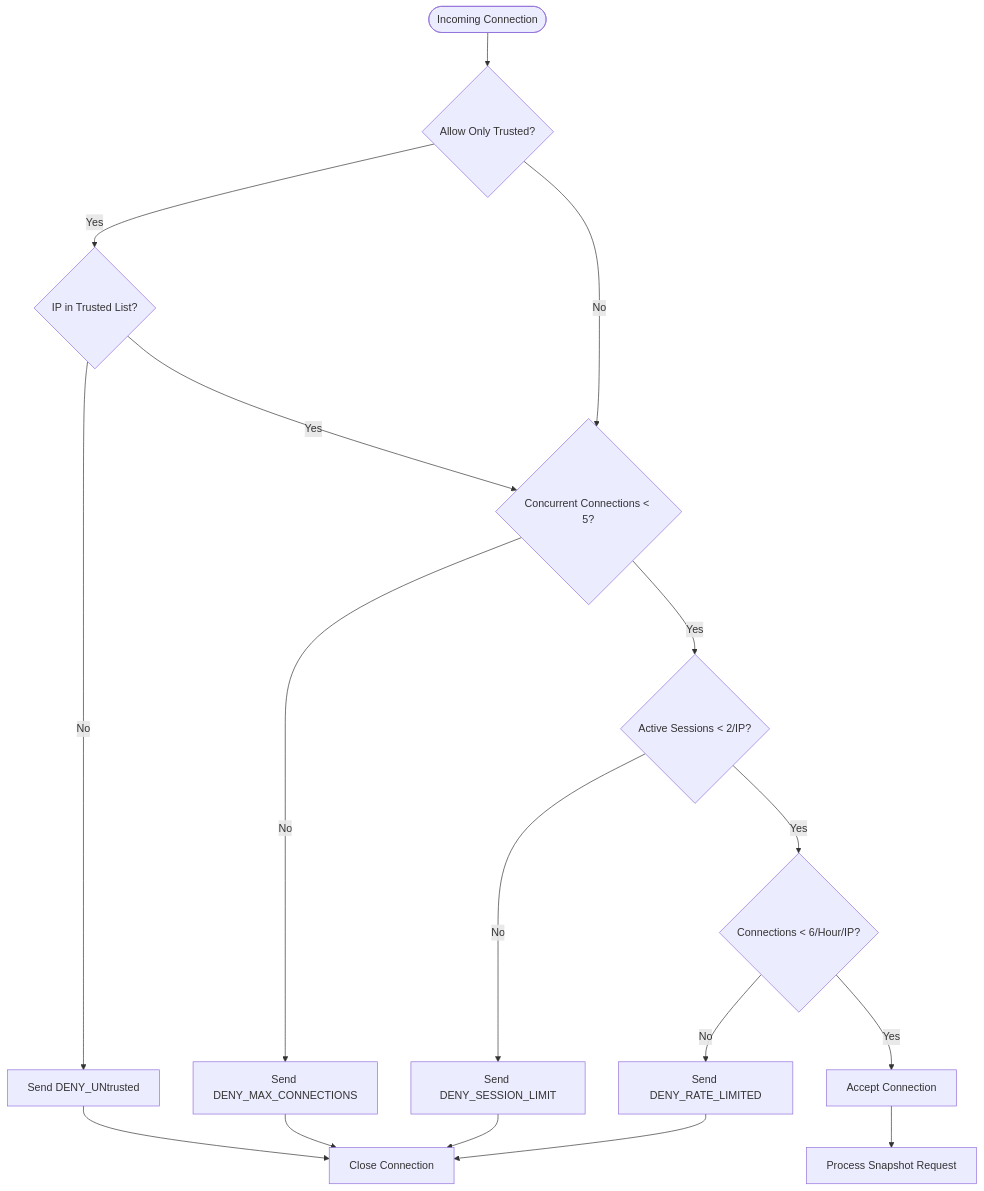
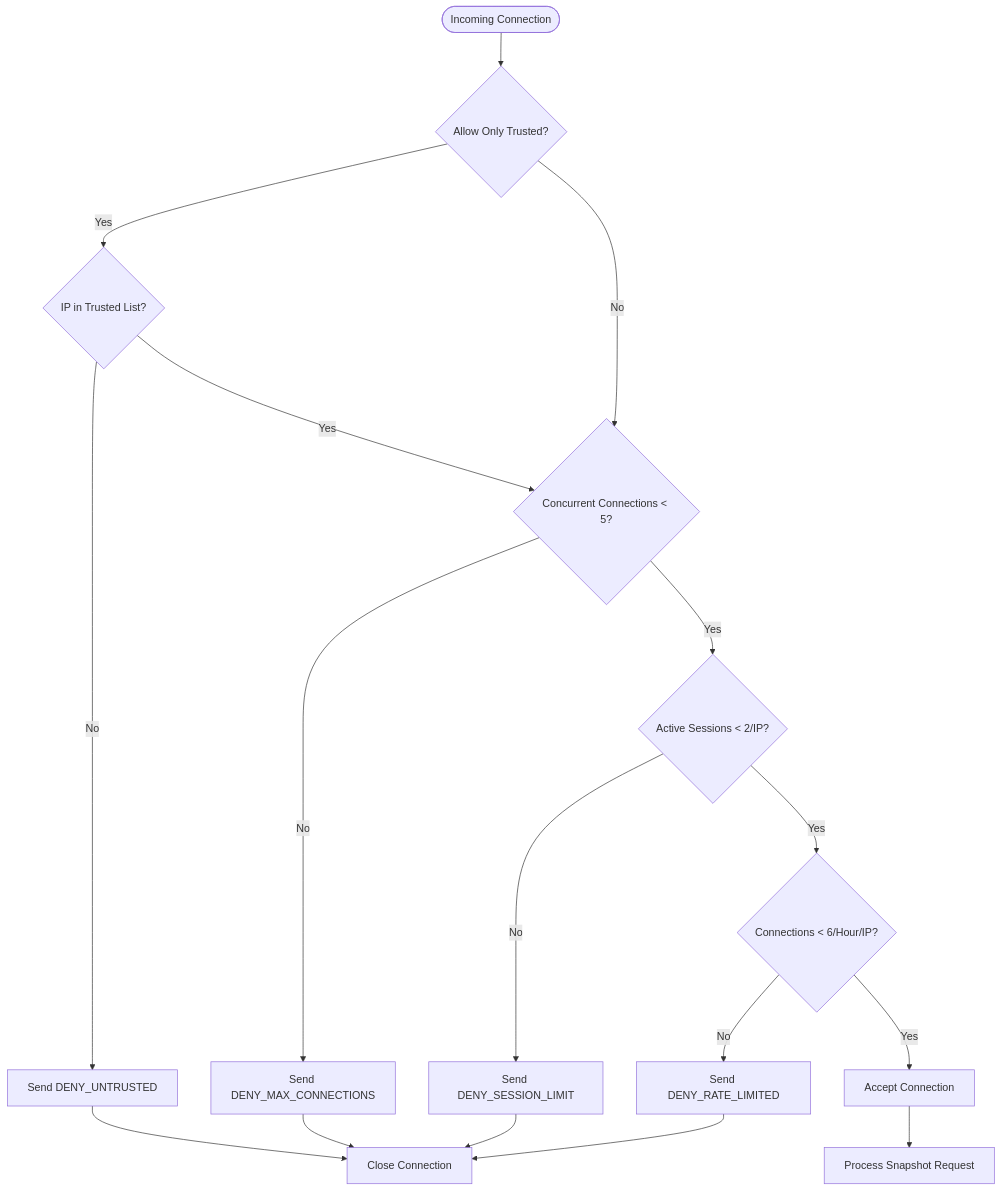
Before and after one commit to VIZ-Blockchain/viz-cpp-node: diagram 18 of 20 in .qoder/repowiki/en/content/Plugin System/Snapshot Plugin System.md, drawn with Mermaid. The commit also changed other lines of this file and 11 other files, not shown here.

````diff
--- a/.qoder/repowiki/en/content/Plugin System/Snapshot Plugin System.md
+++ b/.qoder/repowiki/en/content/Plugin System/Snapshot Plugin System.md
@@ -996,19 +999,19 @@
 ```mermaid
 flowchart TD
 Start([Incoming Connection]) --> CheckTrust{"Allow Only Trusted?"}
 CheckTrust --> |Yes| ValidateTrust{"IP in Trusted List?"}
 CheckTrust --> |No| CheckConcurrent{"Concurrent Connections < 5?"}
-ValidateTrust --> |No| DenyUntrusted["Send DENY_UNtrusted"]
+ValidateTrust --> |No| DenyUntrusted["Send DENY_UNTRUSTED"]
 ValidateTrust --> |Yes| CheckConcurrent
 CheckConcurrent --> |No| DenyMaxConnections["Send DENY_MAX_CONNECTIONS"]
 CheckConcurrent --> |Yes| CheckSession{"Active Sessions < 2/IP?"}
 CheckSession --> |No| DenySessionLimit["Send DENY_SESSION_LIMIT"]
 CheckSession --> |Yes| CheckRate{"Connections < 6/Hour/IP?"}
 CheckRate --> |No| DenyRateLimited["Send DENY_RATE_LIMITED"]
 CheckRate --> |Yes| Accept["Accept Connection"]
 DenyUntrusted --> Close["Close Connection"]
 DenyMaxConnections --> Close
 DenySessionLimit --> Close
 DenyRateLimited --> Close
 Accept --> Process["Process Snapshot Request"]
 ```
````
